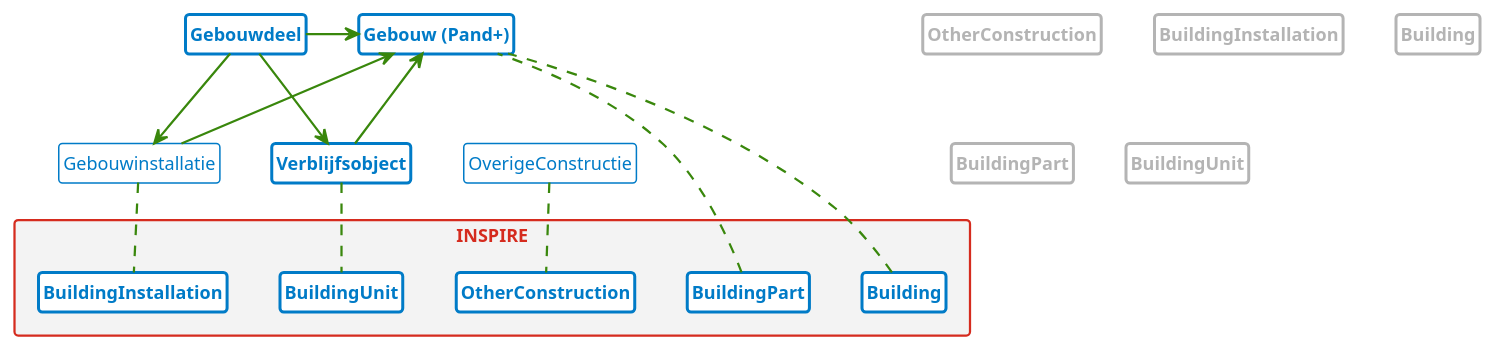
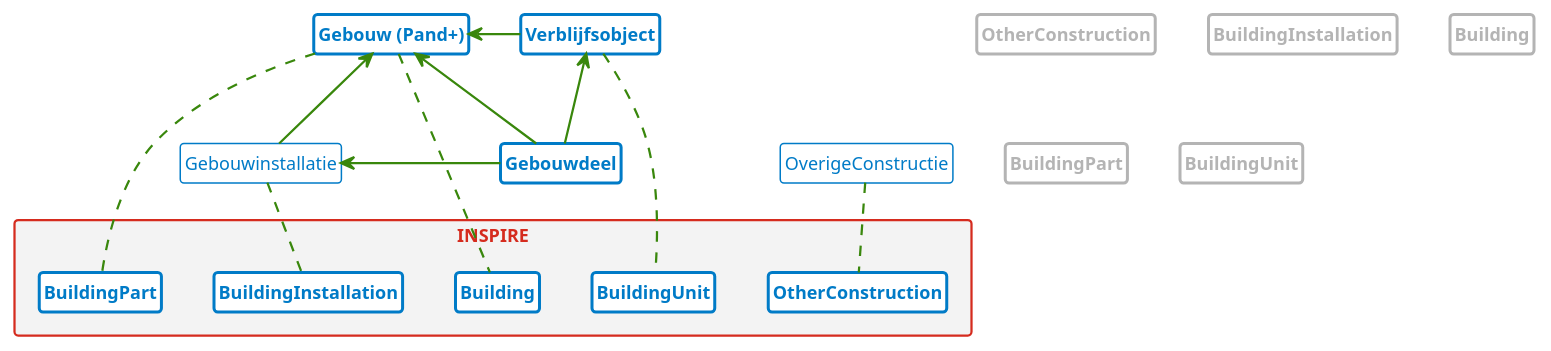
One commit to geobasisregistraties/werkgroep-bouwwerken changed the diagram in model/houtskoolschets-1.puml. Above: the diagram before and after it, drawn with PlantUML.

```diff
--- a/model/houtskoolschets-1.puml
+++ b/model/houtskoolschets-1.puml
@@ -1,154 +1,154 @@
 @startuml
 
 ' --------v-v-v-v-v-v-v-v--------
 ' https://www.rijkshuisstijl.nl/organisatiespecifieke-richtlijnen/ministerie-van-binnenlandse-zaken-en-koninkrijksrelaties/deelidentiteit-kerndepartement-bzk
 ' https://www.rijkshuisstijl.nl/basiselementen/basiselementen-online/online-kleuren
 '
 ' # Communicatiekleuren
 ' Het kerndepartement van BZK heeft uit het kleurenpalet van de rijkshuisstijl drie kleuren (elk met tint1 / tint2) gekozen:
 ' - Rijksoverheid hemelblauw #007bc7 (#b2d7ee/#d9ebf7)
 ' - Rijksoverheid rood #d52b1e (#f2bfbb/#f9dfdd)
 ' - Rijksoverheid groen #39870c (#c3dbb6/#e1eddb)
 ' Het gebruik van deze kleuren in combinatie met veel wit wordt gestimuleerd.
 '
 ' # Tinten voor achtergrondkaders, grafieken en tabellen
 ' Voor achtergrondkaders, grafieken en tabellen kunnen 7 neutrale grijstinten of tinten van een communicatiekleur in stappen van 20% worden toegepast. Voor tekstachtergrond wordt grijstint1 of communicatiekleur tint2 aanbevolen om aan de contrasteisen voor een goede leesbaarheid te voldoen.
 '
 ' Rijksoverheid grijs 1 #f3f3f3
 ' Rijksoverheid grijs 2 #e6e6e6
 ' Rijksoverheid grijs 3 #cccccc
 ' Rijksoverheid grijs 4 #b4b4b4
 ' Rijksoverheid grijs 5 #999999
 ' Rijksoverheid grijs 6 #696969
 ' Rijksoverheid grijs 7 #535353
 
 ' --------^-^-^-^-^-^-^-^--------
 
 skinparam defaultFontColor black
 skinparam defaultFontName Lucida Sans
 skinparam defaultFontSize 11
 skinparam defaultFontStyle normal
 skinparam defaultMonospacedFontName Lucida Sans Typewriter
 ' skinparam defaultTextAlignment left
 ' skinparam lineType ortho
 ' skinparam lineType polyline
 skinparam shadowing false
 skinparam wrapWidth 165
 
 skinparam class {
     ArrowColor #39870c
     ArrowFontSize 10
 '     ArrowTextAlignment center
     ArrowThickness 1.5
 '     AttributeFontColor #000000
     AttributeIconSize 0
     BackgroundColor #ffffff
     BorderColor #007bc7
     BorderThickness 2
     FontColor #007bc7
     FontSize 12
     FontStyle bold
 '     StereotypeFontStyle italic
 '     StereotypeFontColor #000000
 }
 
 skinparam class<<extern>> {
     AttributeFontColor #b4b4b4
     BorderColor #b4b4b4
     FontColor #b4b4b4
     StereotypeFontColor #b4b4b4
 }
 
 skinparam class<<vrijwillig>> {
     BorderThickness 1
     FontStyle normal
 }
 
 skinparam note {
     BackgroundColor #fdf6bb
     BorderColor #f9e11e
     FontColor #007bc7
 }
 
 skinparam package {
     BackgroundColor #f3f3f3
     BorderColor #d52b1e
     FontColor #d52b1e
     FontSize 12
     FontStyle bold
     Style rectangle
 }
 
 skinparam package<< subpackage >> {
     BackgroundColor #e6e6e6
     BorderColor #e6e6e6
     FontStyle normal
 }
 
 hide circle
 
 hide empty members
 
 hide stereotype
 
 ' hide AbstractObject
 
 
 ' =================================================================================================
 
 
 package "INSPIRE" {
     class Building {
     }
     class BuildingInstallation {
     }
     class BuildingPart {
     }
     class BuildingUnit {
     }
     class OtherConstruction {
     }
 }
 
-Verblijfsobject -up-> "Gebouw (Pand+)"
+Verblijfsobject -left-> "Gebouw (Pand+)"
 Verblijfsobject .. BuildingUnit
-Gebouwdeel --> Verblijfsobject
-Gebouwdeel -right-> "Gebouw (Pand+)"
-Gebouwdeel --> Gebouwinstallatie
+Gebouwdeel -up-> Verblijfsobject
+Gebouwdeel -up-> "Gebouw (Pand+)"
+Gebouwdeel -left-> Gebouwinstallatie
 Gebouwinstallatie -up-> "Gebouw (Pand+)"
 Gebouwinstallatie .. BuildingInstallation
 OverigeConstructie .. OtherConstruction
-Building .. "Gebouw (Pand+)"
-BuildingPart .. "Gebouw (Pand+)"
+Building .up. "Gebouw (Pand+)"
+BuildingPart .up. "Gebouw (Pand+)"
 
 class OtherConstruction << extern >> {
 }
 
 class BuildingInstallation << extern >> {
 }
 
 class Building << extern >> {
 }
 
 class BuildingPart << extern >> {
 }
 
 class BuildingUnit << extern >> {
 }
 
 class OverigeConstructie << vrijwillig >> {
 }
 
 class "Gebouw (Pand+)" << Objecttype >> {
 }
 
 class Gebouwdeel << Objecttype >> {
 }
 
 class Gebouwinstallatie << vrijwillig >> {
 }
 
 class Verblijfsobject << Objecttype >> {
 }
 
 @enduml
```
